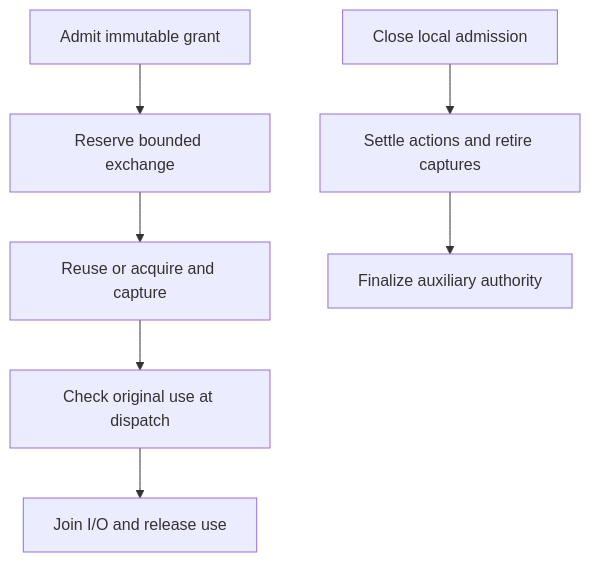
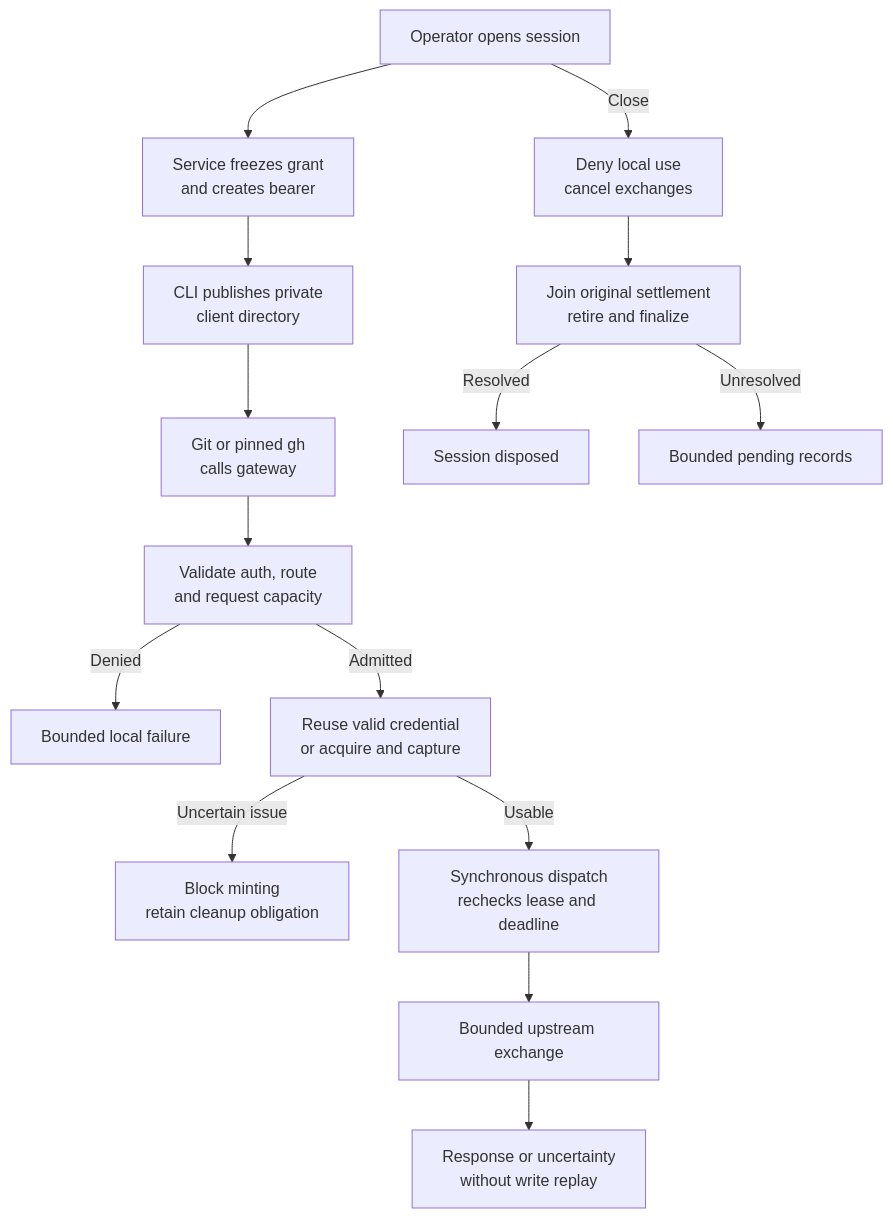
The diagram in docs/flows/repository-credentials.md (IsaiahStapleton/openclaw-enterprise), drawn with Mermaid before and after one commit. The commit also changed other lines of this file and 46 other files, not shown here.

Commit message:
Connect repository credentials to Git and GitHub CLI

````diff
--- a/docs/flows/repository-credentials.md
+++ b/docs/flows/repository-credentials.md
@@ -19,9 +30,17 @@
 ```mermaid
 graph TD
-  Open["Admit immutable grant"] --> Reserve["Reserve bounded exchange"]
-  Reserve --> Acquire["Reuse or acquire and capture"]
-  Acquire --> Dispatch["Check original use at dispatch"]
-  Dispatch --> Settle["Join I/O and release use"]
-  Close["Close local admission"] --> Cleanup["Settle actions and retire captures"]
-  Cleanup --> Finalize["Finalize auxiliary authority"]
+  Operator["Operator opens session"] --> Admission["Service freezes grant<br/>and creates bearer"]
+  Admission --> Files["CLI publishes private<br/>client directory"]
+  Files --> Client["Git or pinned gh<br/>calls gateway"]
+  Client --> Route["Validate auth, route<br/>and request capacity"]
+  Route -->|Denied| Denial["Bounded local failure"]
+  Route -->|Admitted| Credential["Reuse valid credential<br/>or acquire and capture"]
+  Credential -->|Uncertain issue| Blocked["Block minting<br/>retain cleanup obligation"]
+  Credential -->|Usable| Gate["Synchronous dispatch<br/>rechecks lease and deadline"]
+  Gate --> Upstream["Bounded upstream exchange"]
+  Upstream --> Result["Response or uncertainty<br/>without write replay"]
+  Operator -->|Close| Closed["Deny local use<br/>cancel exchanges"]
+  Closed --> Cleanup["Join original settlement<br/>retire and finalize"]
+  Cleanup -->|Resolved| Disposed["Session disposed"]
+  Cleanup -->|Unresolved| Pending["Bounded pending records"]
 ```
````
